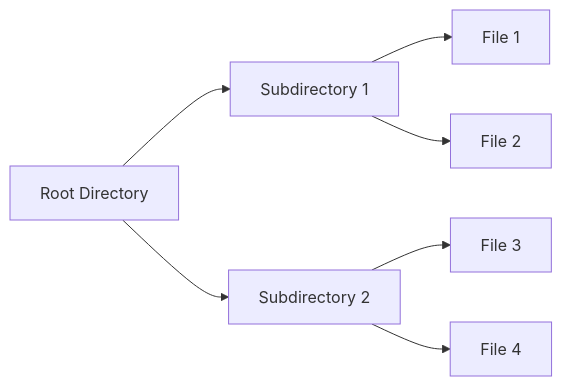
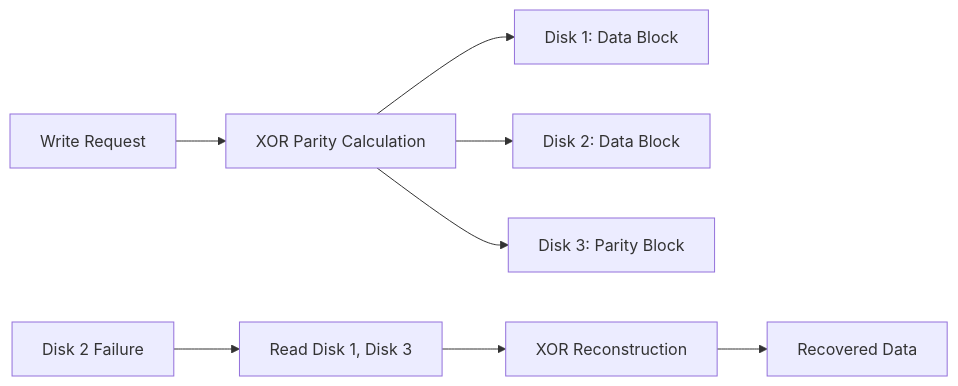
The fourth of 5 diagrams in topics/computing/infrastructure/linux/lesson_04_file_systems_and_storage.md (blebleblee/synapse), drawn with Mermaid before and after one commit. The commit also changed other lines of this file and 6 other files, not shown here.

````diff
--- a/topics/computing/infrastructure/linux/lesson_04_file_systems_and_storage.md
+++ b/topics/computing/infrastructure/linux/lesson_04_file_systems_and_storage.md
@@ -30,9 +229,11 @@
 ```mermaid
 graph LR
-    A["Root Directory"] --> B["Subdirectory 1"]
-    A --> C["Subdirectory 2"]
-    B --> D["File 1"]
-    B --> E["File 2"]
-    C --> F["File 3"]
-    C --> G["File 4"]
+    A["Write Request"] --> B["XOR Parity Calculation"]
+    B --> C["Disk 1: Data Block"]
+    B --> D["Disk 2: Data Block"]
+    B --> E["Disk 3: Parity Block"]
+    
+    F["Disk 2 Failure"] --> G["Read Disk 1, Disk 3"]
+    G --> H["XOR Reconstruction"]
+    H --> I["Recovered Data"]
 ```
````
